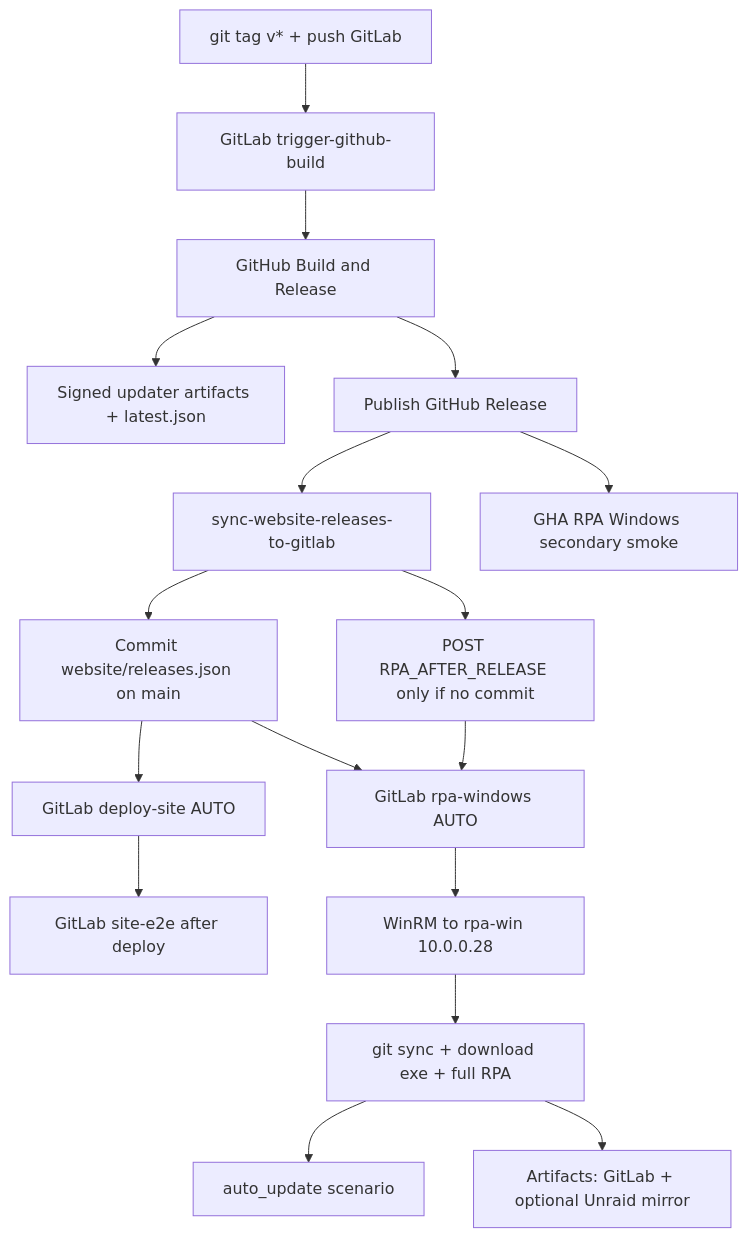
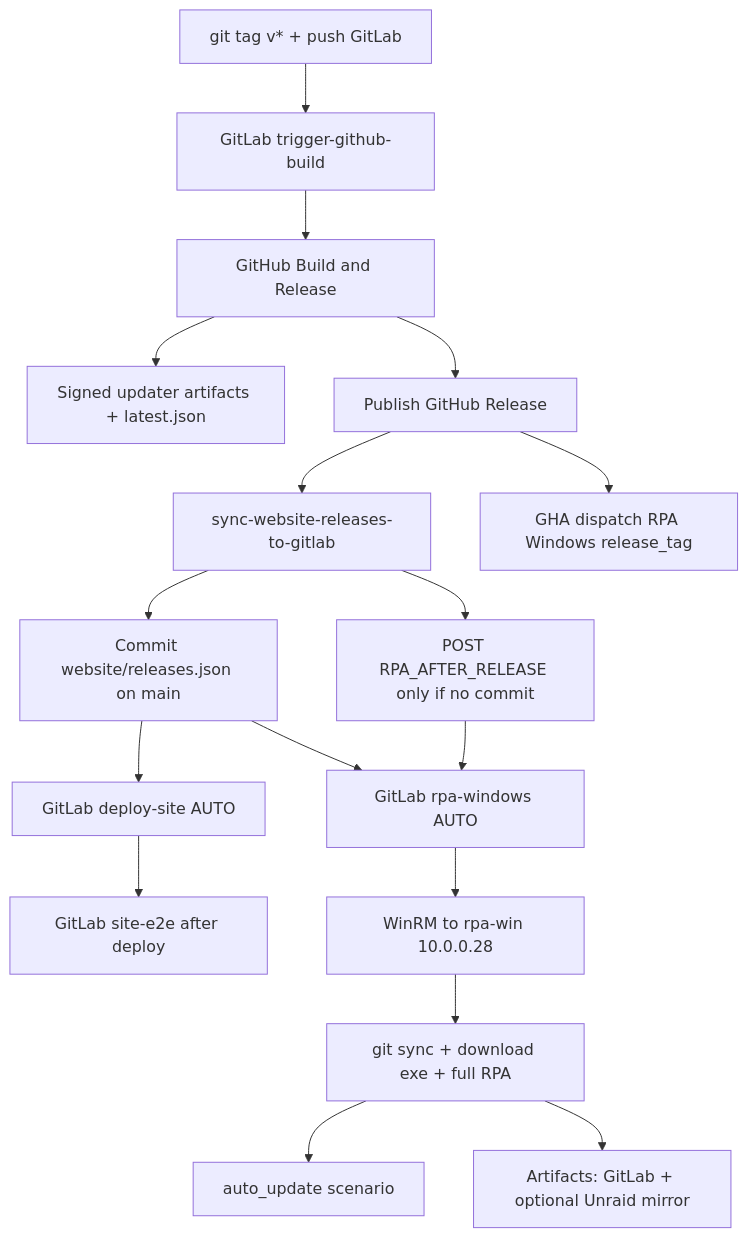
Before and after one commit to dadhatdaniel/void-browser: the diagram in docs/RELEASE_PIPELINE.md, drawn with Mermaid. The commit also changed other lines of this file and 4 other files, not shown here.

First line of the commit message:
Fix GHA RPA after release via workflow_dispatch.

````diff
--- a/docs/RELEASE_PIPELINE.md
+++ b/docs/RELEASE_PIPELINE.md
@@ -5,19 +5,19 @@
 ```mermaid
 flowchart TD
   A["git tag v* + push GitLab"] --> B["GitLab trigger-github-build"]
   B --> C["GitHub Build and Release"]
   C --> D["Signed updater artifacts + latest.json"]
   C --> E["Publish GitHub Release"]
   E --> F["sync-website-releases-to-gitlab"]
   F --> G["Commit website/releases.json on main"]
   G --> H["GitLab deploy-site AUTO"]
   H --> I["GitLab site-e2e after deploy"]
   G --> J["GitLab rpa-windows AUTO"]
   F --> K["POST RPA_AFTER_RELEASE only if no commit"]
   K --> J
   J --> L["WinRM to rpa-win 10.0.0.28"]
   L --> M["git sync + download exe + full RPA"]
   M --> N["auto_update scenario"]
   M --> O["Artifacts: GitLab + optional Unraid mirror"]
-  E --> P["GHA RPA Windows secondary smoke"]
+  E --> P["GHA dispatch RPA Windows release_tag"]
 ```
````
